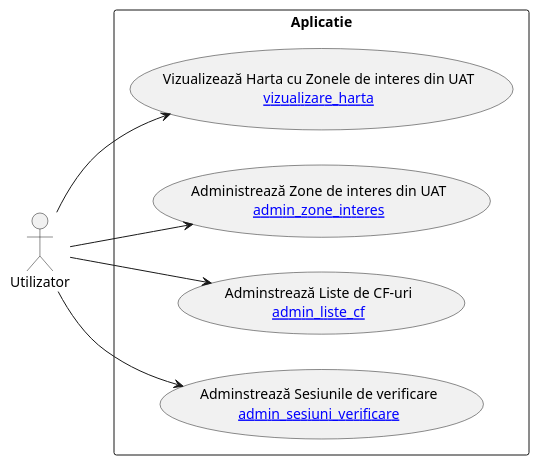
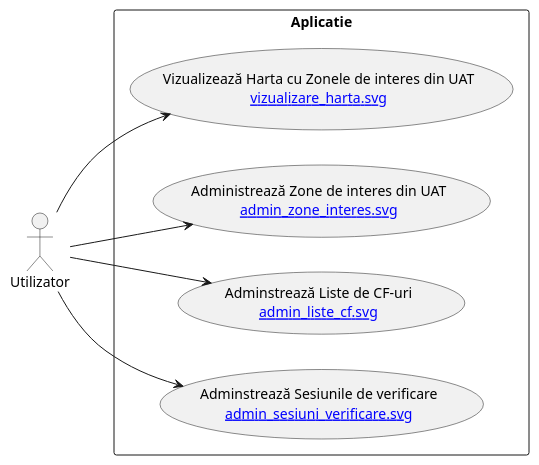
One commit to KMX-Systems/uat changed the diagram in user_start.puml. Above: the diagram before and after it, drawn with PlantUML. The commit also changed 14 other files, not shown here.

```diff
--- a/user_start.puml
+++ b/user_start.puml
@@ -1,14 +1,14 @@
 @startuml
 left to right direction
 actor "Utilizator" as user
 rectangle Aplicatie {
-  usecase "Vizualizează Harta cu Zonele de interes din UAT\n[[vizualizare_harta]]" as UC1
-  usecase "Administrează Zone de interes din UAT\n[[admin_zone_interes]]" as UC2
-  usecase "Adminstrează Liste de CF-uri\n[[admin_liste_cf]]" as UC3
-  usecase "Adminstrează Sesiunile de verificare\n[[admin_sesiuni_verificare]]" as UC4
+  usecase "Vizualizează Harta cu Zonele de interes din UAT\n[[vizualizare_harta.svg]]" as UC1
+  usecase "Administrează Zone de interes din UAT\n[[admin_zone_interes.svg]]" as UC2
+  usecase "Adminstrează Liste de CF-uri\n[[admin_liste_cf.svg]]" as UC3
+  usecase "Adminstrează Sesiunile de verificare\n[[admin_sesiuni_verificare.svg]]" as UC4
 }
 user --> UC1
 user --> UC2
 user --> UC3
 user --> UC4
 @enduml
```
